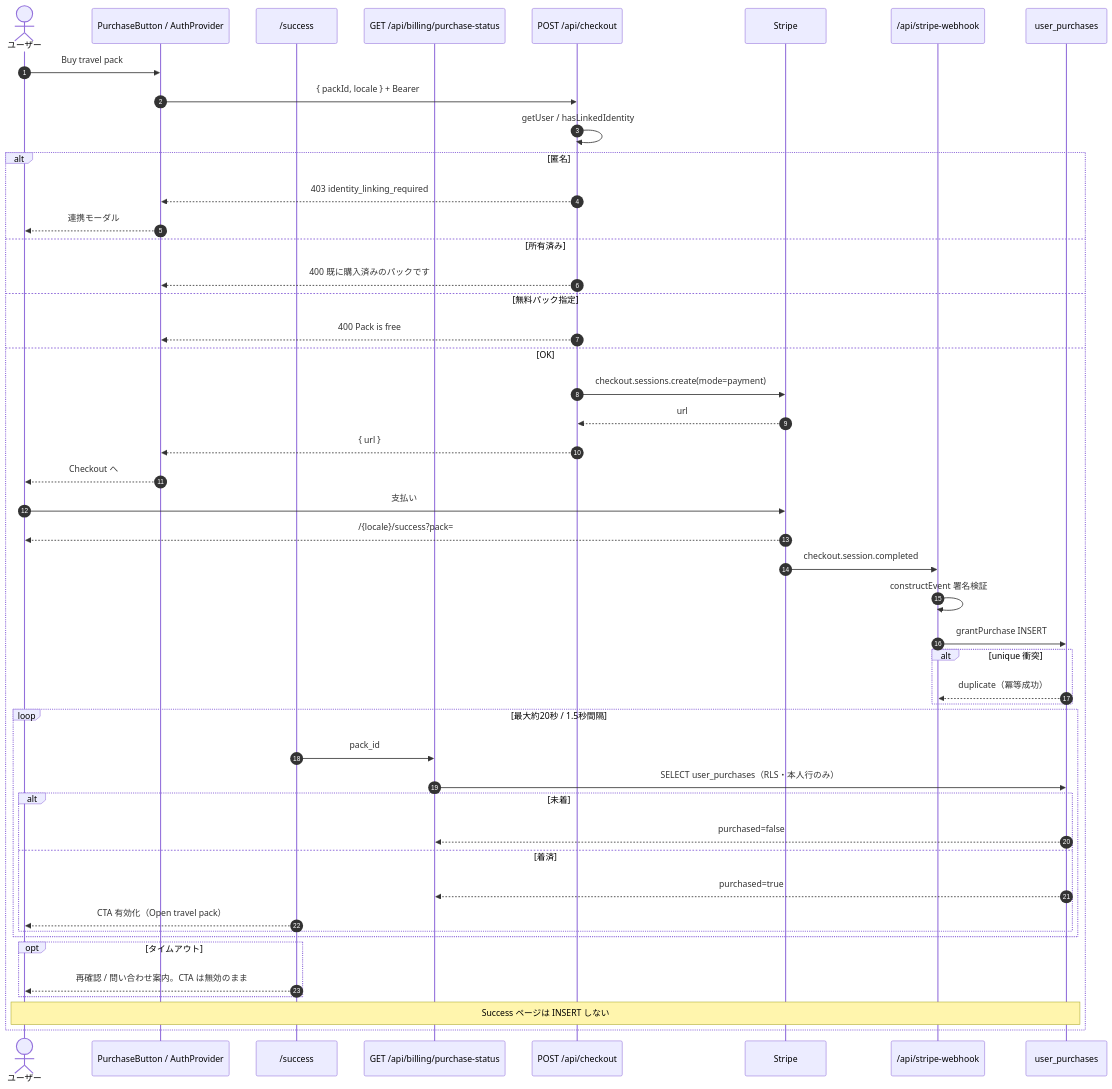
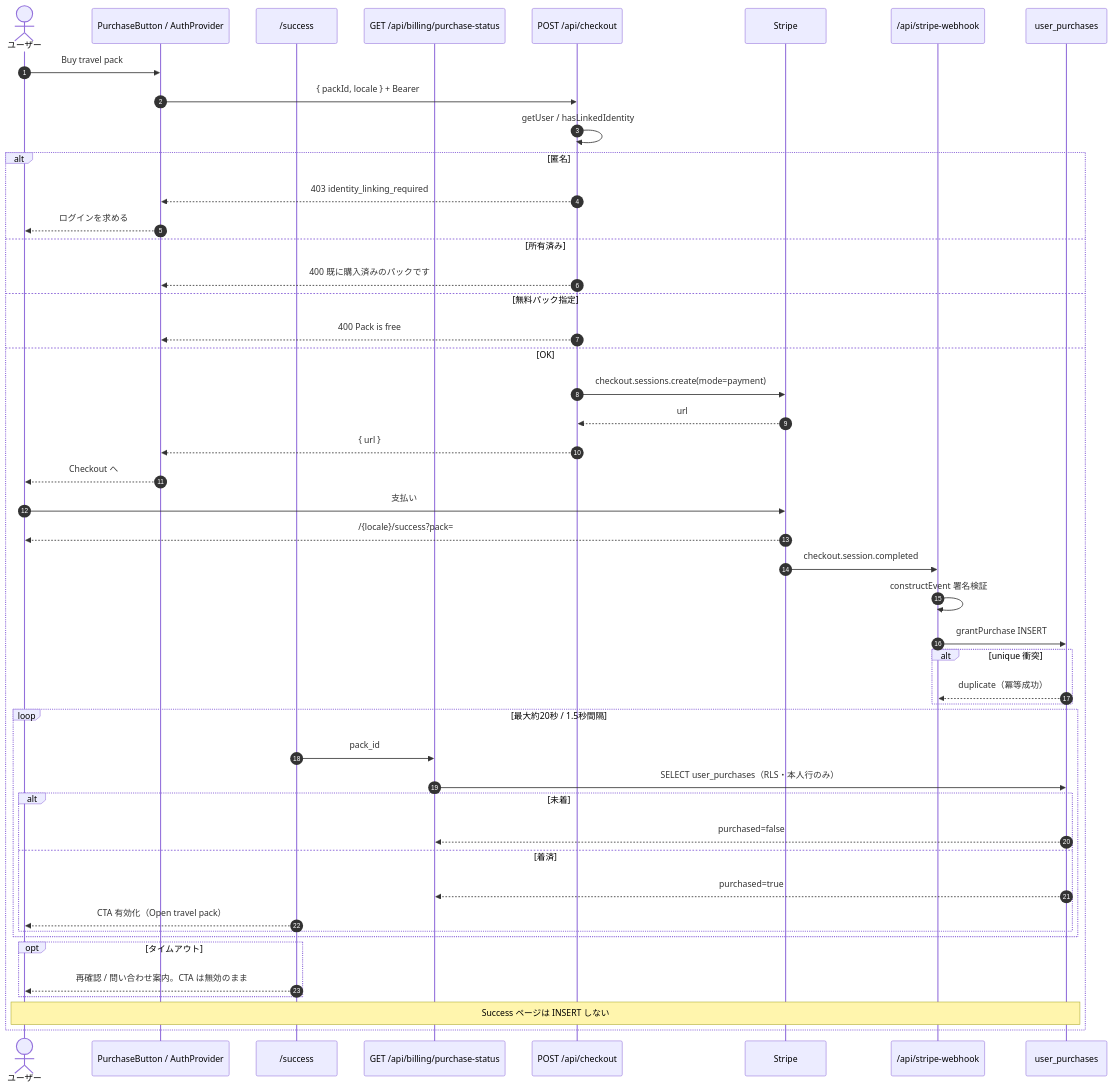
One commit to atosantasan/japanki changed the seventh of 8 diagrams in docs/design/3_sequence_and_flow.md. Above: the diagram before and after it, drawn with Mermaid. The commit also changed other lines of this file and 19 other files, not shown here.

````diff
--- a/docs/design/3_sequence_and_flow.md
+++ b/docs/design/3_sequence_and_flow.md
@@ -251,51 +249,51 @@
 ```mermaid
 sequenceDiagram
     autonumber
     actor User as ユーザー
     participant UI as PurchaseButton / AuthProvider
     participant Success as /success
     participant Status as GET /api/billing/purchase-status
     participant API as POST /api/checkout
     participant Stripe as Stripe
     participant WH as /api/stripe-webhook
     participant Admin as user_purchases
 
     User->>UI: Buy travel pack
     UI->>API: { packId, locale } + Bearer
     API->>API: getUser / hasLinkedIdentity
     alt 匿名
         API-->>UI: 403 identity_linking_required
-        UI-->>User: 連携モーダル
+        UI-->>User: ログインを求める
     else 所有済み
         API-->>UI: 400 既に購入済みのパックです
     else 無料パック指定
         API-->>UI: 400 Pack is free
     else OK
         API->>Stripe: checkout.sessions.create(mode=payment)
         Stripe-->>API: url
         API-->>UI: { url }
         UI-->>User: Checkout へ
         User->>Stripe: 支払い
         Stripe-->>User: /{locale}/success?pack=
         Stripe->>WH: checkout.session.completed
         WH->>WH: constructEvent 署名検証
         WH->>Admin: grantPurchase INSERT
         alt unique 衝突
             Admin-->>WH: duplicate（冪等成功）
         end
         loop 最大約20秒 / 1.5秒間隔
             Success->>Status: pack_id
             Status->>Admin: SELECT user_purchases（RLS・本人行のみ）
             alt 未着
                 Admin-->>Status: purchased=false
             else 着済
                 Admin-->>Status: purchased=true
                 Success-->>User: CTA 有効化（Open travel pack）
             end
         end
         opt タイムアウト
             Success-->>User: 再確認 / 問い合わせ案内。CTA は無効のまま
         end
         Note over User,Admin: Success ページは INSERT しない
     end
 ```
````
